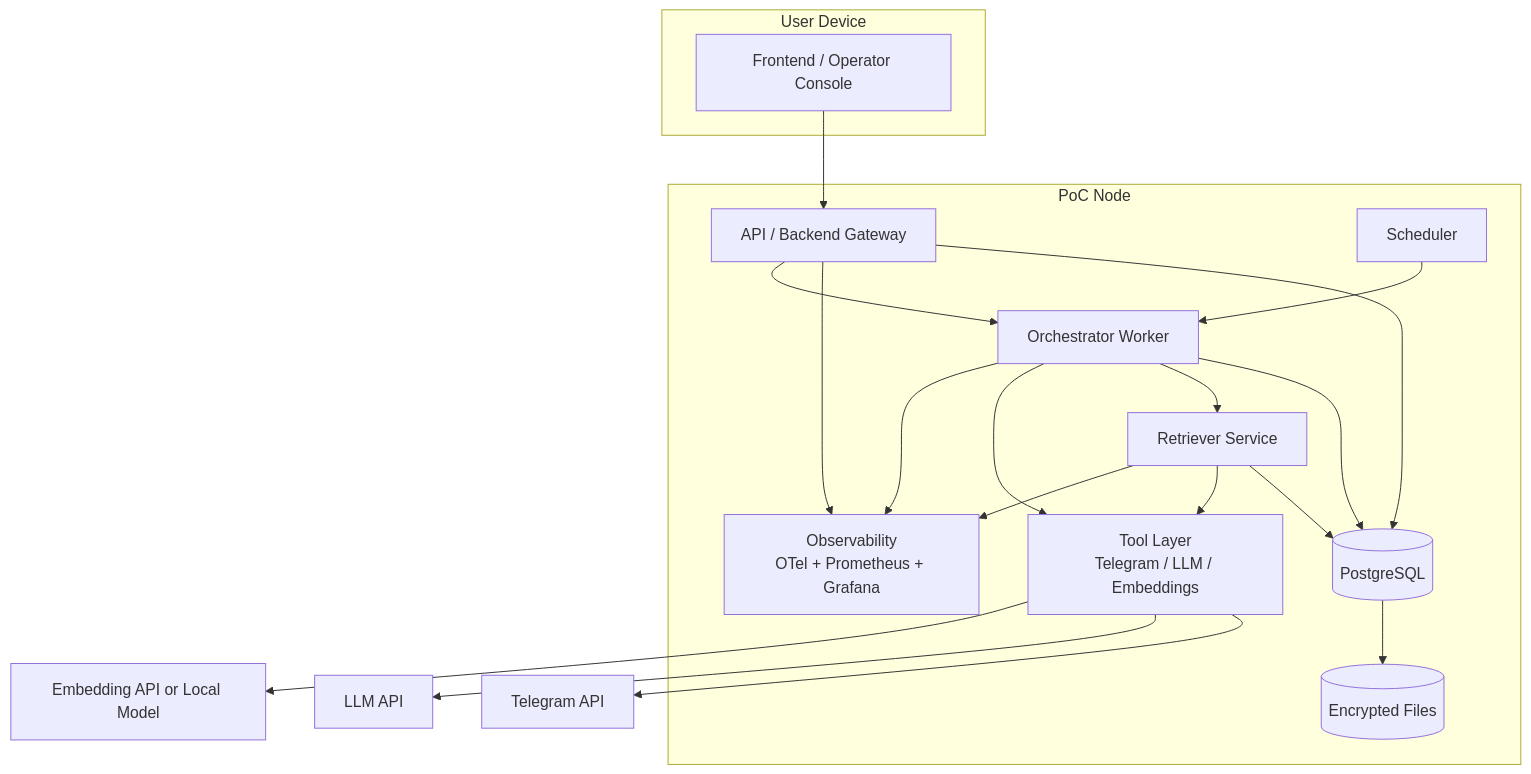
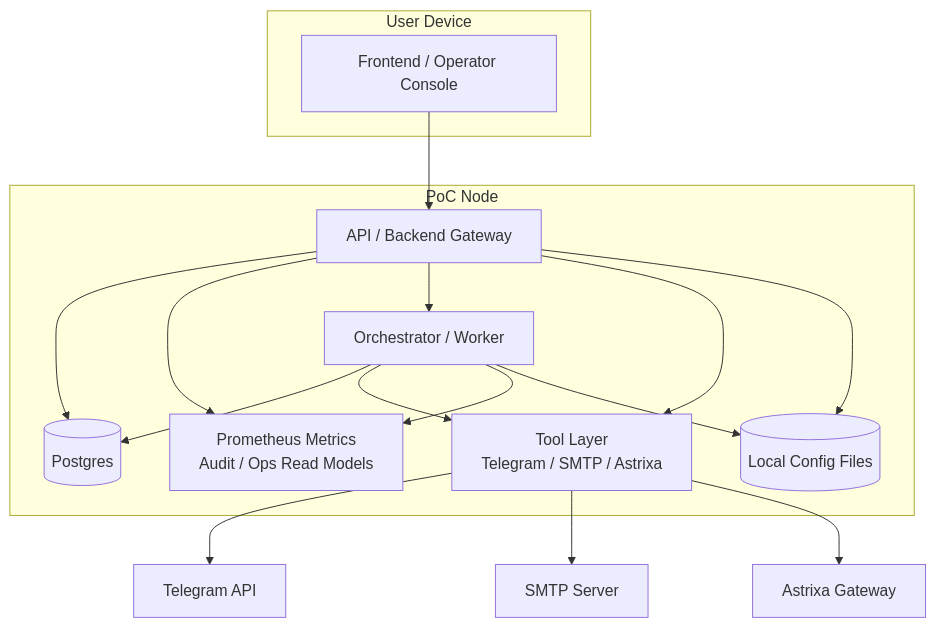
One commit to PeMikj/tg_outreach changed the diagram in docs/diagrams/container.md. Above: the diagram before and after it, drawn with Mermaid. The commit also changed 18 other files, not shown here.

Commit message:
Upgrade PoC runtime to Postgres-first architecture

````diff
--- a/docs/diagrams/container.md
+++ b/docs/diagrams/container.md
@@ -3,38 +3,33 @@
 ```mermaid
 flowchart TB
     subgraph User Device
         ui[Frontend / Operator Console]
     end
 
     subgraph PoC Node
         api[API / Backend Gateway]
-        orch[Orchestrator Worker]
-        retr[Retriever Service]
-        tools[Tool Layer\nTelegram / LLM / Embeddings]
-        sched[Scheduler]
-        db[(PostgreSQL)]
-        files[(Encrypted Files)]
-        obs[Observability\nOTel + Prometheus + Grafana]
+        worker[Orchestrator / Worker]
+        tools[Tool Layer\nTelegram / SMTP / Astrixa]
+        db[(Postgres)]
+        cfg[(Local Config Files)]
+        obs[Prometheus Metrics\nAudit / Ops Read Models]
     end
 
     tg[Telegram API]
-    llm[LLM API]
-    emb[Embedding API or Local Model]
+    smtp[SMTP Server]
+    astrixa[Astrixa Gateway]
 
     ui --> api
     api --> db
     api --> obs
-    api --> orch
-    sched --> orch
-    orch --> db
-    orch --> retr
-    orch --> tools
-    orch --> obs
-    retr --> db
-    retr --> tools
-    retr --> obs
-    db --> files
+    api --> worker
+    worker --> db
+    worker --> tools
+    worker --> obs
+    api --> tools
+    api --> cfg
+    worker --> cfg
     tools --> tg
-    tools --> llm
-    tools --> emb
+    tools --> smtp
+    tools --> astrixa
 ```
````
